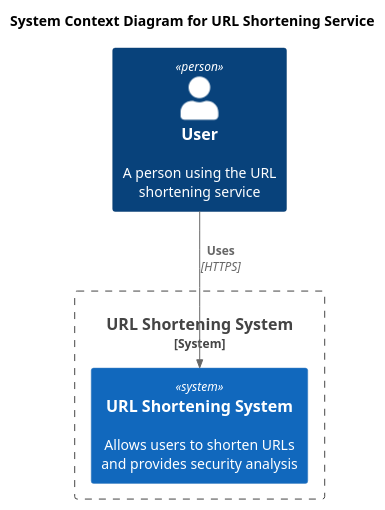
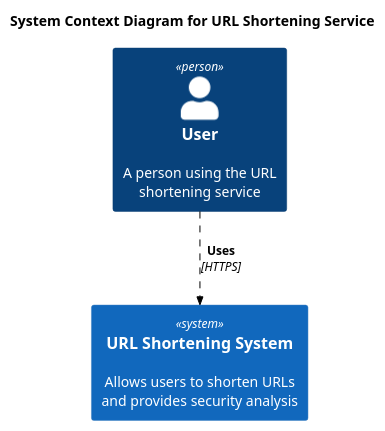
The diagram in src/c4/c4_context.puml (novinbukannopin/securly-example-diagram), drawn with PlantUML before and after one commit. The commit also changed 3 other files, not shown here.

Commit message:
feat: add c4 diagram

```diff
--- a/src/c4/c4_context.puml
+++ b/src/c4/c4_context.puml
@@ -1,13 +1,12 @@
 @startuml
 !includeurl https://raw.githubusercontent.com/plantuml-stdlib/C4-PlantUML/master/C4_Context.puml
+AddRelTag("sync", $textColor="black", $lineColor="black", $lineStyle = DashedLine())
 
 title System Context Diagram for URL Shortening Service
 
 Person(user, "User", "A person using the URL shortening service")
-System_Boundary(system_boundary, "URL Shortening System") {
-  System(system, "URL Shortening System", "Allows users to shorten URLs and provides security analysis")
-}
+System(system, "URL Shortening System", "Allows users to shorten URLs and provides security analysis")
 
-Rel(user, system, "Uses", "HTTPS")
+Rel(user, system, "Uses", "HTTPS", $tags="sync")
 
 @enduml
```
